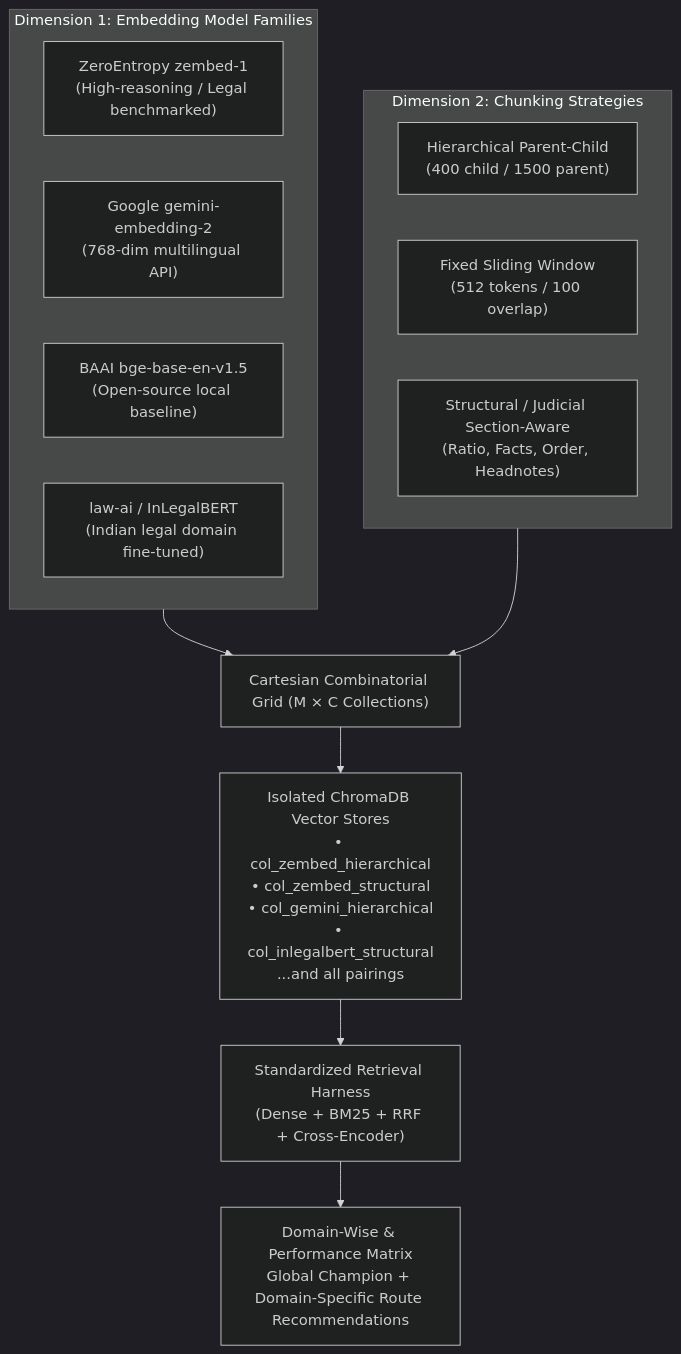
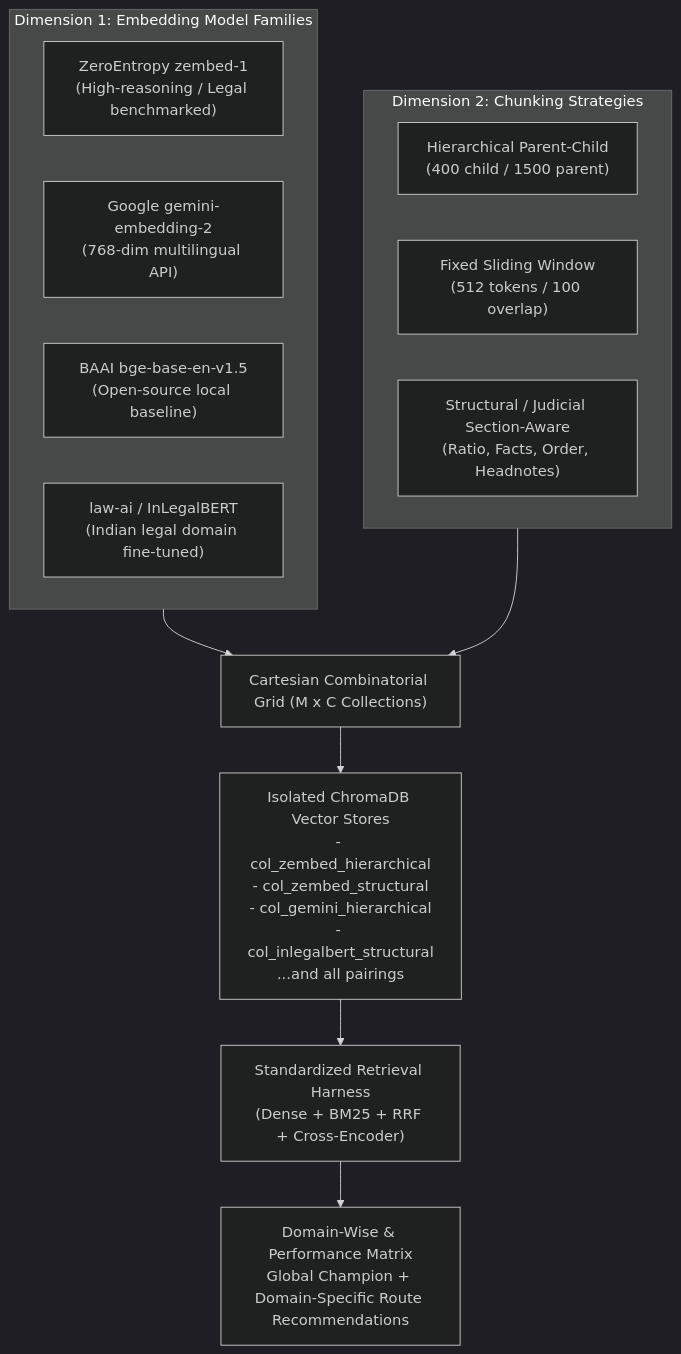
The second of 2 diagrams in README.md (Aditya-Kayasth/Major-Project), drawn with Mermaid (dark theme) before and after one commit. The commit also changed other lines of this file and 1 other file, not shown here.

Commit message:
fix(docs): resolve Mermaid syntax, badge URL encoding, and math parsing errors in README

````diff
--- a/README.md
+++ b/README.md
@@ -353,23 +357,23 @@
 ```mermaid
 flowchart TD
     subgraph Dimension1 ["Dimension 1: Embedding Model Families"]
         M1["ZeroEntropy zembed-1<br>(High-reasoning / Legal benchmarked)"]
         M2["Google gemini-embedding-2<br>(768-dim multilingual API)"]
         M3["BAAI bge-base-en-v1.5<br>(Open-source local baseline)"]
         M4["law-ai / InLegalBERT<br>(Indian legal domain fine-tuned)"]
     end
 
     subgraph Dimension2 ["Dimension 2: Chunking Strategies"]
         C1["Hierarchical Parent-Child<br>(400 child / 1500 parent)"]
         C2["Fixed Sliding Window<br>(512 tokens / 100 overlap)"]
         C3["Structural / Judicial Section-Aware<br>(Ratio, Facts, Order, Headnotes)"]
     end
 
-    Dimension1 --> Grid["Cartesian Combinatorial Grid (M × C Collections)"]
+    Dimension1 --> Grid["Cartesian Combinatorial Grid (M x C Collections)"]
     Dimension2 --> Grid
 
-    Grid --> StoreCol["Isolated ChromaDB Vector Stores<br>• col_zembed_hierarchical<br>• col_zembed_structural<br>• col_gemini_hierarchical<br>• col_inlegalbert_structural<br>...and all pairings"]
+    Grid --> StoreCol["Isolated ChromaDB Vector Stores<br>- col_zembed_hierarchical<br>- col_zembed_structural<br>- col_gemini_hierarchical<br>- col_inlegalbert_structural<br>...and all pairings"]
 
     StoreCol --> EvalHarness["Standardized Retrieval Harness<br>(Dense + BM25 + RRF + Cross-Encoder)"]
     EvalHarness --> BenchOutput["Domain-Wise & Performance Matrix<br>Global Champion + Domain-Specific Route Recommendations"]
 ```
````
